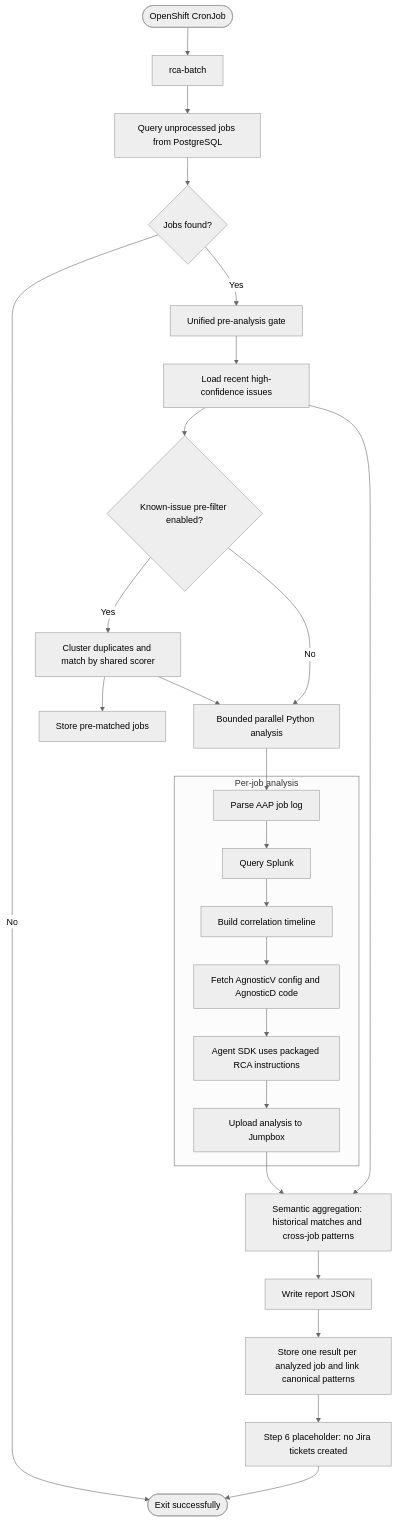
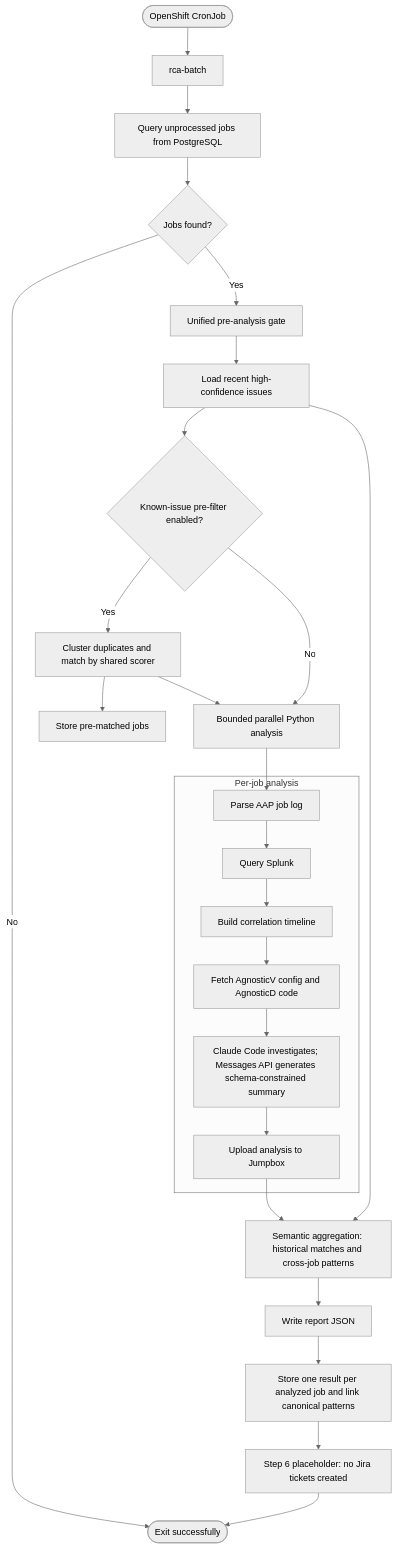
Before and after one commit to jerry-ng2/aap2-rca-agent: the diagram in README.md, drawn with Mermaid (neutral theme). The commit also changed other lines of this file and 10 other files, not shown here.

````diff
--- a/README.md
+++ b/README.md
@@ -10,30 +10,30 @@
 ```mermaid
 flowchart TD
     Start([OpenShift CronJob]) --> Runner[rca-batch]
     Runner --> Query[Query unprocessed jobs from PostgreSQL]
     Query --> AnyJobs{Jobs found?}
     AnyJobs -- No --> Done([Exit successfully])
     AnyJobs -- Yes --> Gate[Unified pre-analysis gate]
     Gate --> Known[Load recent high-confidence issues]
     Known --> Filter{Known-issue pre-filter enabled?}
     Filter -- Yes --> Prefilter[Cluster duplicates and match by shared scorer]
     Filter -- No --> Analysis
     Prefilter --> Matched[Store pre-matched jobs]
     Prefilter --> Analysis[Bounded parallel Python analysis]
     subgraph PerJob[Per-job analysis]
       Parse[Parse AAP job log]
       Splunk[Query Splunk]
       Correlation[Build correlation timeline]
       GitHub[Fetch AgnosticV config and AgnosticD code]
-      Synthesis[Agent SDK uses packaged RCA instructions]
+      Synthesis[Claude Code investigates; Messages API generates schema-constrained summary]
       Upload[Upload analysis to Jumpbox]
       Parse --> Splunk --> Correlation --> GitHub --> Synthesis --> Upload
     end
     Analysis --> Parse
     Upload --> Aggregate[Semantic aggregation: historical matches and cross-job patterns]
     Known --> Aggregate
     Aggregate --> Write[Write report JSON]
     Write --> Store[Store one result per analyzed job and link canonical patterns]
     Store --> Jira[Step 6 placeholder: no Jira tickets created]
     Jira --> Done
 ```
````
